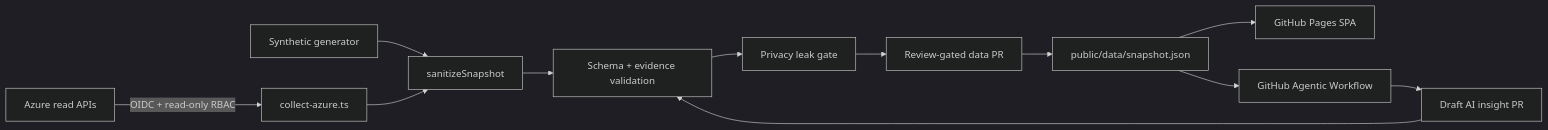
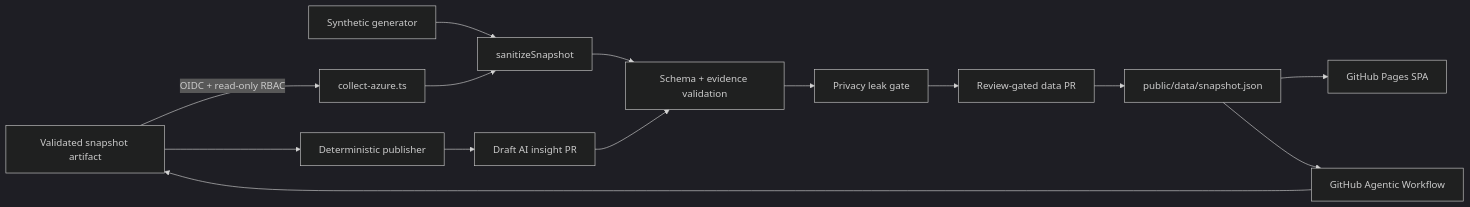
One commit to aktsmm/azure-ops-pulse-demo changed the diagram in README.md. Above: the diagram before and after it, drawn with Mermaid (dark theme). The commit also changed other lines of this file and 26 other files, not shown here.

````diff
--- a/README.md
+++ b/README.md
@@ -26,14 +26,16 @@
 ```mermaid
 flowchart LR
   A[Azure read APIs] -->|OIDC + read-only RBAC| B[collect-azure.ts]
   D[Synthetic generator] --> S[sanitizeSnapshot]
   B --> S
   S --> V[Schema + evidence validation]
   V --> P[Privacy leak gate]
   P --> R[Review-gated data PR]
   R --> J[public/data/snapshot.json]
   J --> W[GitHub Pages SPA]
   J --> G[GitHub Agentic Workflow]
-  G --> Q[Draft AI insight PR]
+  G --> A[Validated snapshot artifact]
+  A --> H[Deterministic publisher]
+  H --> Q[Draft AI insight PR]
   Q --> V
 ```
````
